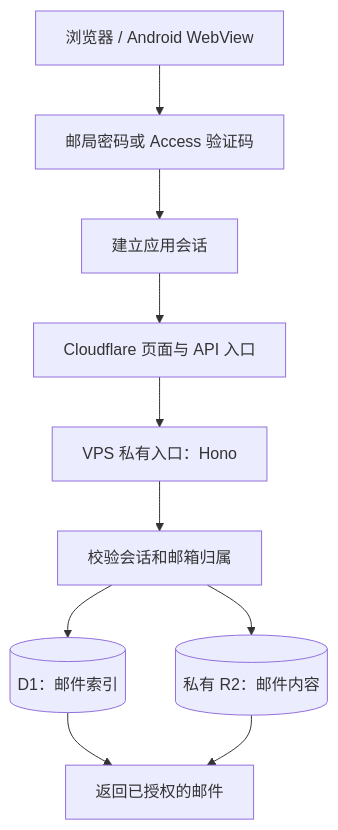
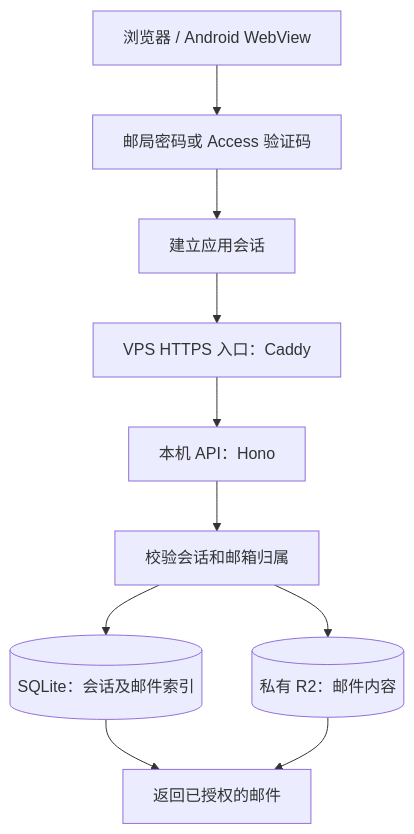
Before and after one commit to ayingQAQ/Wenying-mail: the second of 2 diagrams in README.md, drawn with Mermaid. The commit also changed other lines of this file and 19 other files, not shown here.

````diff
--- a/README.md
+++ b/README.md
@@ -59,12 +62,12 @@
 ```mermaid
 flowchart TB
     W[浏览器 / Android WebView] --> L[邮局密码或 Access 验证码]
     L --> A[建立应用会话]
-    A --> E[Cloudflare 页面与 API 入口]
-    E --> X[VPS 私有入口：Hono]
+    A --> E[VPS HTTPS 入口：Caddy]
+    E --> X[本机 API：Hono]
     X --> H[校验会话和邮箱归属]
-    H --> I[(D1：邮件索引)]
+    H --> I[(SQLite：会话及邮件索引)]
     H --> J[(私有 R2：邮件内容)]
     I --> K[返回已授权的邮件]
     J --> K
 ```
````
